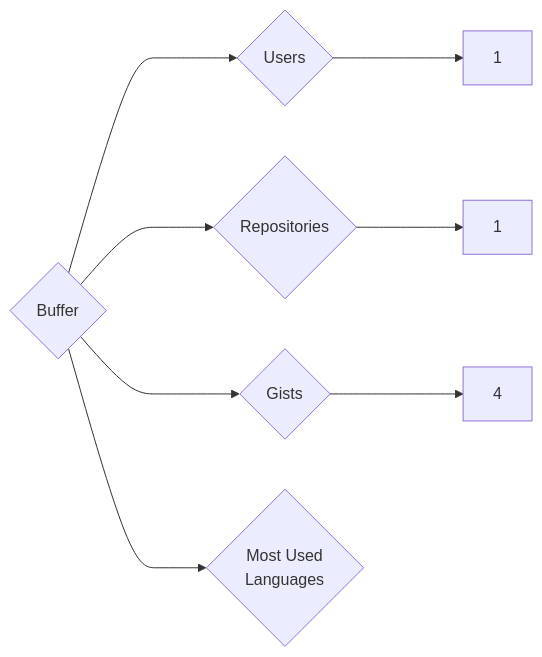
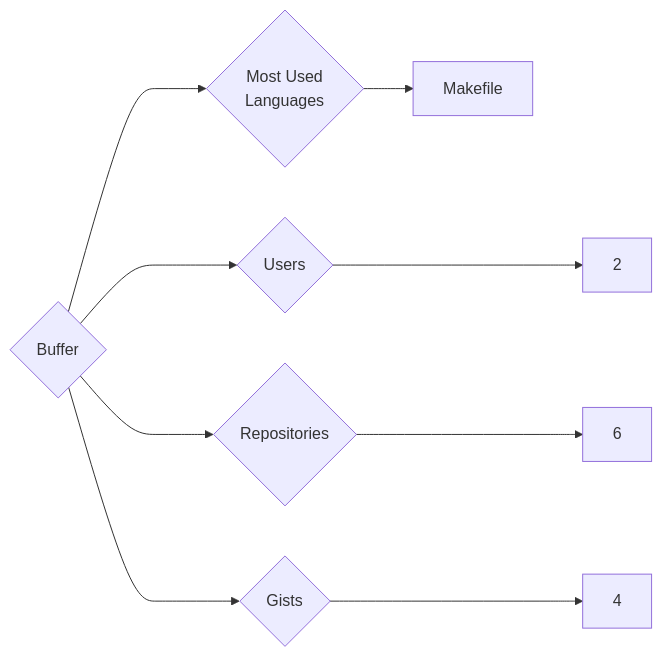
The diagram in targets/Buffer/README.md (trickest/insiders), drawn with Mermaid before and after one commit. The commit also changed 718 other files, not shown here.

````diff
--- a/targets/Buffer/README.md
+++ b/targets/Buffer/README.md
@@ -3,8 +3,9 @@
 ```mermaid
 graph LR
 COMPANY_NAME{Buffer}
-COMPANY_NAME ---> U{Users} ---> UN[1]
-COMPANY_NAME ---> R{Repositories} ---> RN[1]
+COMPANY_NAME ---> U{Users} ---> UN[2]
+COMPANY_NAME ---> R{Repositories} ---> RN[6]
 COMPANY_NAME ---> G{Gists} ---> GN[4]
 COMPANY_NAME ---> ML{Most Used<br>Languages}
+ML --> Makefile[Makefile]
 ```
````
